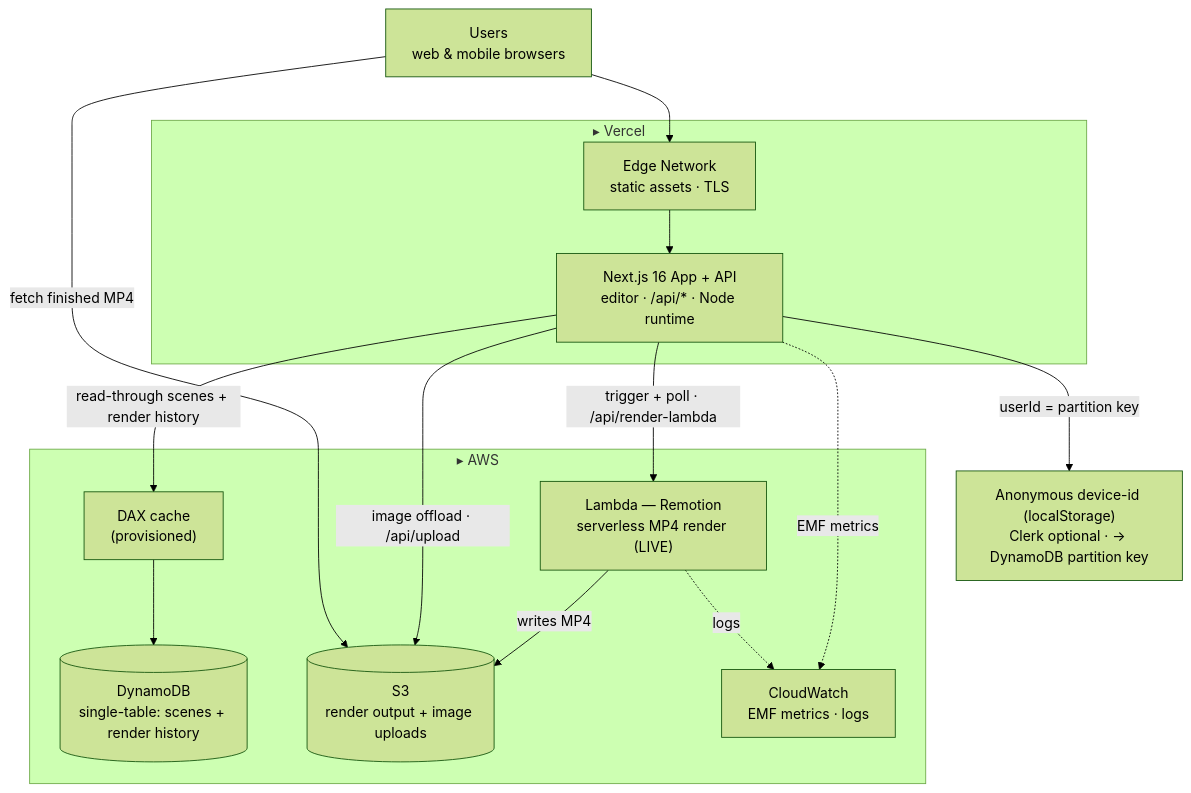
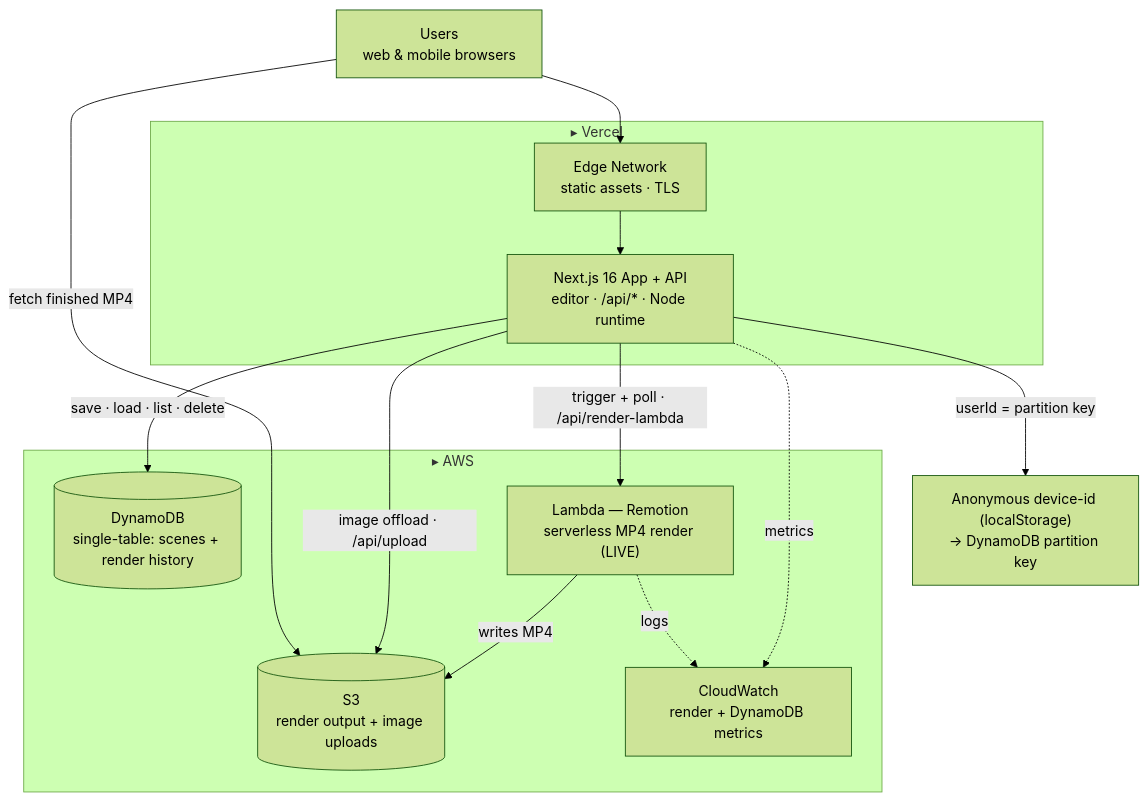
One commit to trishit726/AQUA-studio changed the diagram in README.md. Above: the diagram before and after it, drawn with Mermaid (forest theme). The commit also changed other lines of this file, not shown here.

First line of the commit message:
docs: rewrite README — brief, accurate (problem → DynamoDB → features)

````diff
--- a/README.md
+++ b/README.md
@@ -69,23 +64,23 @@
 ```mermaid
 flowchart TB
   U["Users<br/>web & mobile browsers"]
   subgraph Vercel["▸ Vercel"]
     CDN["Edge Network<br/>static assets · TLS"]
     APP["Next.js 16 App + API<br/>editor · /api/* · Node runtime"]
   end
-  ID["Anonymous device-id (localStorage)<br/>Clerk optional · → DynamoDB partition key"]
+  ID["Anonymous device-id (localStorage)<br/>→ DynamoDB partition key"]
   subgraph AWS["▸ AWS"]
-    DAX["DAX cache<br/>(provisioned)"] --> DDB[("DynamoDB<br/>single-table: scenes + render history")]
+    DDB[("DynamoDB<br/>single-table: scenes + render history")]
     LMB["Lambda — Remotion<br/>serverless MP4 render (LIVE)"]
     S3[("S3<br/>render output + image uploads")]
-    CW["CloudWatch<br/>EMF metrics · logs"]
+    CW["CloudWatch<br/>render + DynamoDB metrics"]
   end
   U --> CDN --> APP
   APP -->|userId = partition key| ID
-  APP -->|read-through scenes + render history| DAX
+  APP -->|save · load · list · delete| DDB
   APP -->|"trigger + poll · /api/render-lambda"| LMB -->|writes MP4| S3
   APP -->|"image offload · /api/upload"| S3
   U -->|fetch finished MP4| S3
-  APP -.EMF metrics.-> CW
+  APP -.metrics.-> CW
   LMB -.logs.-> CW
 ```
````
